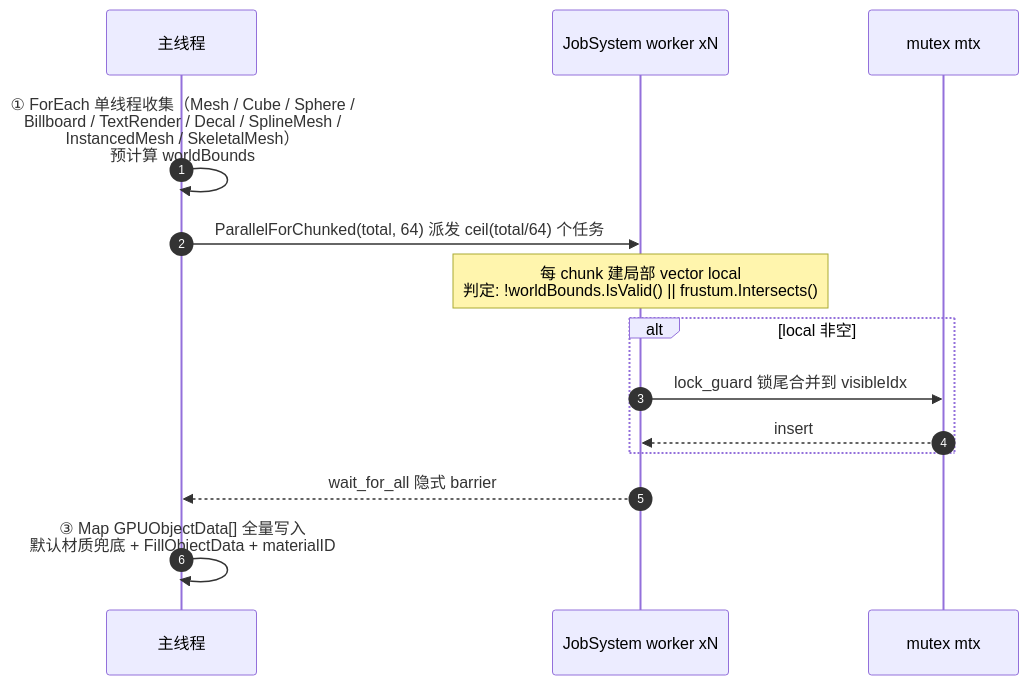
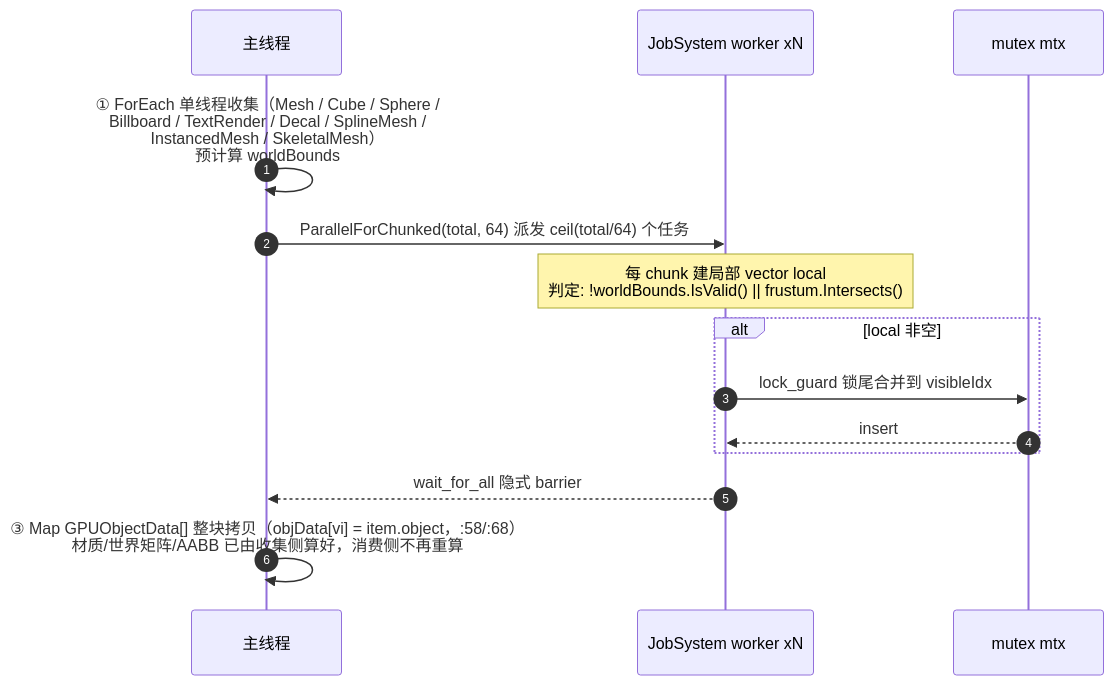
The third of 7 diagrams in docs/HugEngine引擎介绍/15.多线程架构与渲染实现分析.md (huguozhu/HugEngine), drawn with Mermaid before and after one commit. The commit also changed other lines of this file and 7 other files, not shown here.

````diff
--- a/docs/HugEngine引擎介绍/15.多线程架构与渲染实现分析.md
+++ b/docs/HugEngine引擎介绍/15.多线程架构与渲染实现分析.md
@@ -265,17 +265,17 @@
 ```mermaid
 sequenceDiagram
     autonumber
     participant Main as 主线程
     participant Job as JobSystem worker xN
     participant Mutex as mutex mtx
 
     Main->>Main: ① ForEach 单线程收集（Mesh / Cube / Sphere /<br/>Billboard / TextRender / Decal / SplineMesh /<br/>InstancedMesh / SkeletalMesh）<br/>预计算 worldBounds
     Main->>Job: ParallelForChunked(total, 64) 派发 ceil(total/64) 个任务
     Note over Job: 每 chunk 建局部 vector local<br/>判定: !worldBounds.IsValid() || frustum.Intersects()
     alt local 非空
         Job->>Mutex: lock_guard 锁尾合并到 visibleIdx
         Mutex-->>Job: insert
     end
     Job-->>Main: wait_for_all 隐式 barrier
-    Main->>Main: ③ Map GPUObjectData[] 全量写入<br/>默认材质兜底 + FillObjectData + materialID
+    Main->>Main: ③ Map GPUObjectData[] 整块拷贝（objData[vi] = item.object，:58/:68）<br/>材质/世界矩阵/AABB 已由收集侧算好，消费侧不再重算
 ```
````
